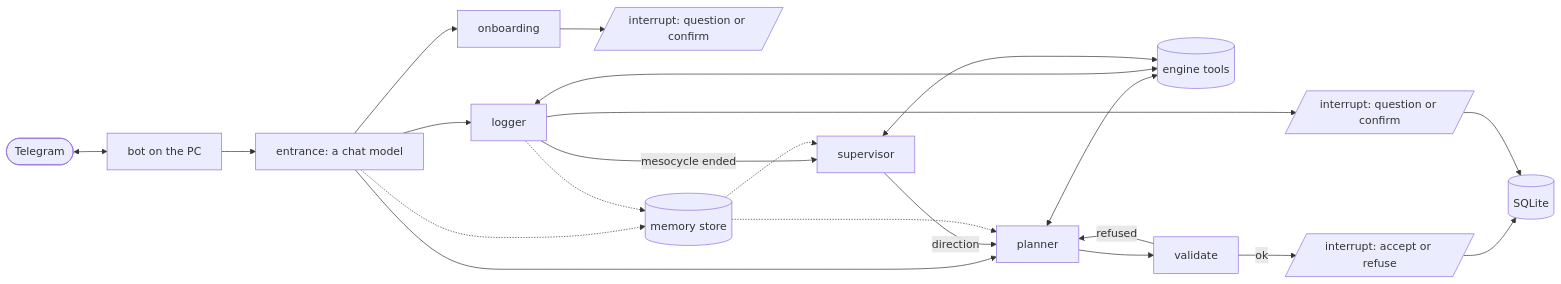
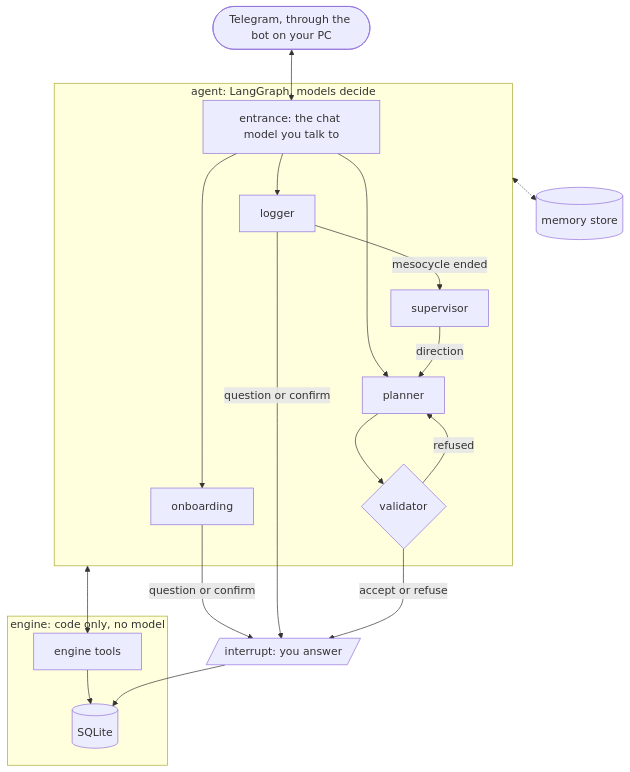
One commit to danielediodati/REPS changed the diagram in README.md. Above: the diagram before and after it, drawn with Mermaid. The commit also changed other lines of this file and 2 other files, not shown here.

Commit message:
License spelled the American way, a session up to seven issues
- licence -> license in the README's badge, its heading, the roadmap and
  the vendored data's provenance, matching the LICENSE file.
- The README's diagram is drawn top-down in two boxes, the agent where
  models decide and the engine where only code runs, and the memory
  store gets a row of its own in the parts table.
- A session holds up to seven issues: 15c needed six once the rehearsal
  found what the demo would show wrong.

````diff
--- a/README.md
+++ b/README.md
@@ -63,24 +63,22 @@
 ```mermaid
-flowchart LR
-  tg([Telegram]) <--> bot[bot on the PC]
-  bot --> entrance[entrance: a chat model]
-  entrance --> planner
-  entrance --> logger
-  entrance --> onboarding
-  logger -- mesocycle ended --> supervisor
-  supervisor -- direction --> planner
-  onboarding --> interview[/interrupt: question or confirm/]
-  planner <--> tools[(engine tools)]
-  logger <--> tools
-  supervisor <--> tools
-  planner --> validate
-  validate -- refused --> planner
-  validate -- ok --> accept[/interrupt: accept or refuse/]
-  logger --> ask[/interrupt: question or confirm/]
-  accept --> db[(SQLite)]
-  ask --> db
-  entrance -.-> store[(memory store)]
-  logger -.-> store
-  store -.-> planner
-  store -.-> supervisor
+flowchart TD
+  subgraph agent ["agent: LangGraph, models decide"]
+    entrance["entrance: the chat model you talk to"]
+    entrance --> onboarding & logger & planner
+    logger -- mesocycle ended --> supervisor
+    supervisor -- direction --> planner
+    planner --> validate{validator}
+    validate -- refused --> planner
+  end
+
+  subgraph engine ["engine: code only, no model"]
+    tools["engine tools"] --> db[(SQLite)]
+  end
+
+  tg(["Telegram, through the bot on your PC"]) <--> entrance
+  onboarding & logger -- question or confirm --> you[/"interrupt: you answer"/]
+  validate -- accept or refuse --> you
+  you --> db
+  agent <--> tools
+  agent <-.-> store[(memory store)]
 ```
````
